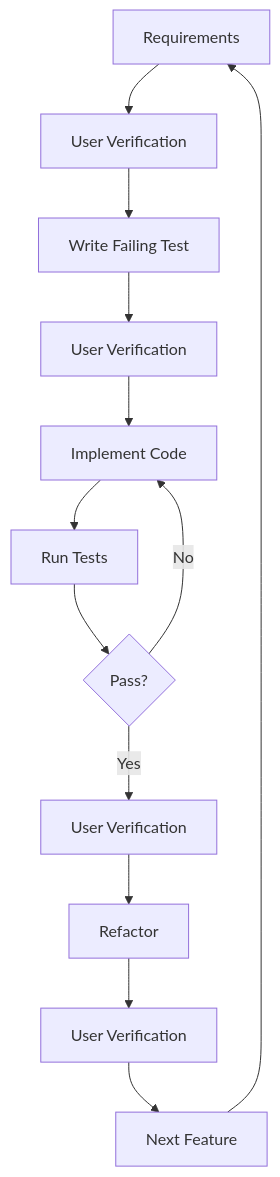
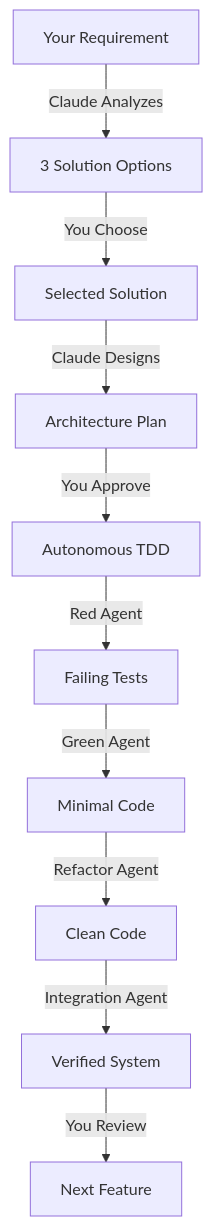
The diagram in README.md (Skyreach/SolutioningWithClaude), drawn with Mermaid before and after one commit. The commit also changed other lines of this file and 3 other files, not shown here.

````diff
--- a/README.md
+++ b/README.md
@@ -94,15 +15,12 @@
 ```mermaid
 graph TD
-    A[Requirements] --> B[User Verification]
-    B --> C[Write Failing Test]
-    C --> D[User Verification]
-    D --> E[Implement Code]
-    E --> F[Run Tests]
-    F --> G{Pass?}
-    G -->|No| E
-    G -->|Yes| H[User Verification]
-    H --> I[Refactor]
-    I --> J[User Verification]
-    J --> K[Next Feature]
-    K --> A
+    A[Your Requirement] -->|Claude Analyzes| B[3 Solution Options]
+    B -->|You Choose| C[Selected Solution]
+    C -->|Claude Designs| D[Architecture Plan]
+    D -->|You Approve| E[Autonomous TDD]
+    E -->|Red Agent| F[Failing Tests]
+    F -->|Green Agent| G[Minimal Code]
+    G -->|Refactor Agent| H[Clean Code]
+    H -->|Integration Agent| I[Verified System]
+    I -->|You Review| J[Next Feature]
 ```
````
